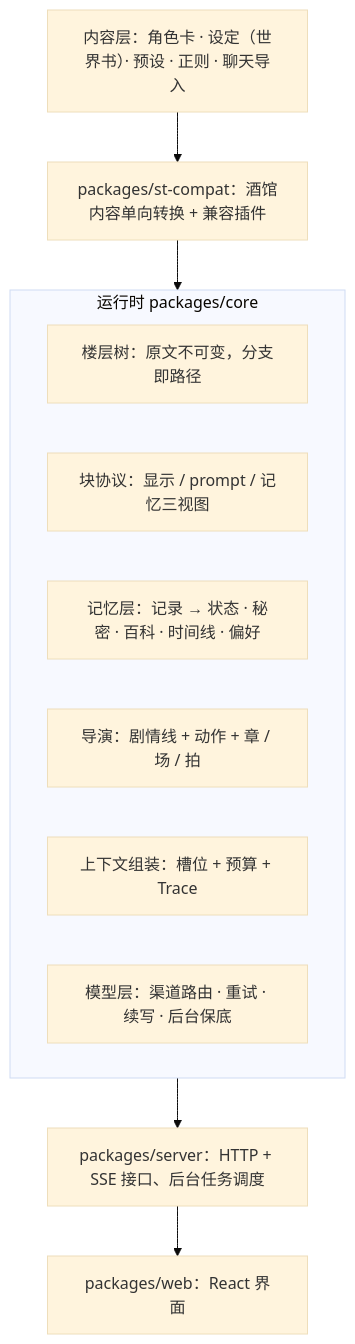
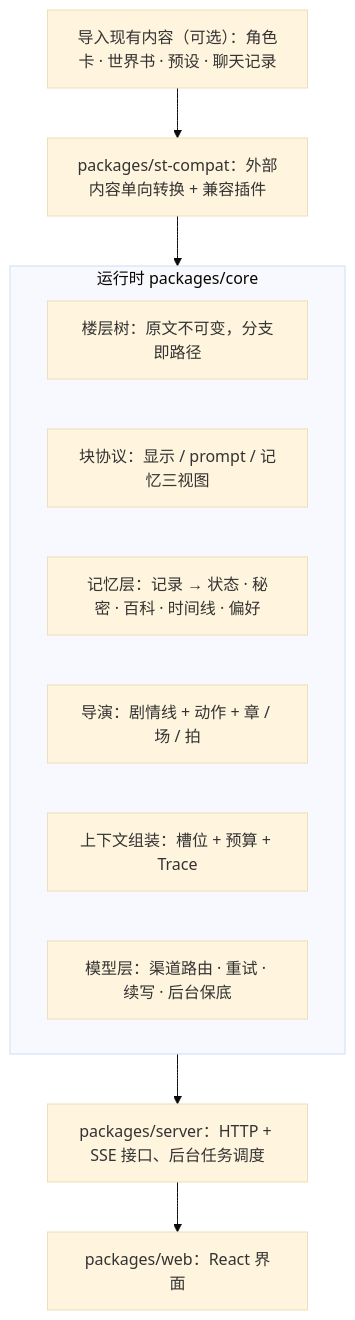
The diagram in README.md (Theater-ahyeon/Dramaticer), drawn with Mermaid (base theme) before and after one commit. The commit also changed other lines of this file and 2 other files, not shown here.

````diff
--- a/README.md
+++ b/README.md
@@ -100,17 +119,17 @@
 ```mermaid
 flowchart TB
-    content["内容层：角色卡 · 设定（世界书）· 预设 · 正则 · 聊天导入"]
+    content["导入现有内容（可选）：角色卡 · 世界书 · 预设 · 聊天记录"]
     subgraph runtime["运行时 packages/core"]
         tree["楼层树：原文不可变，分支即路径"]
         blocks["块协议：显示 / prompt / 记忆三视图"]
         memory["记忆层：记录 → 状态 · 秘密 · 百科 · 时间线 · 偏好"]
         director["导演：剧情线 + 动作 + 章 / 场 / 拍"]
         assemble["上下文组装：槽位 + 预算 + Trace"]
         llm["模型层：渠道路由 · 重试 · 续写 · 后台保底"]
     end
-    stcompat["packages/st-compat：酒馆内容单向转换 + 兼容插件"]
+    stcompat["packages/st-compat：外部内容单向转换 + 兼容插件"]
     server["packages/server：HTTP + SSE 接口、后台任务调度"]
     web["packages/web：React 界面"]
     content --> stcompat --> runtime
     runtime --> server --> web
 ```
````
